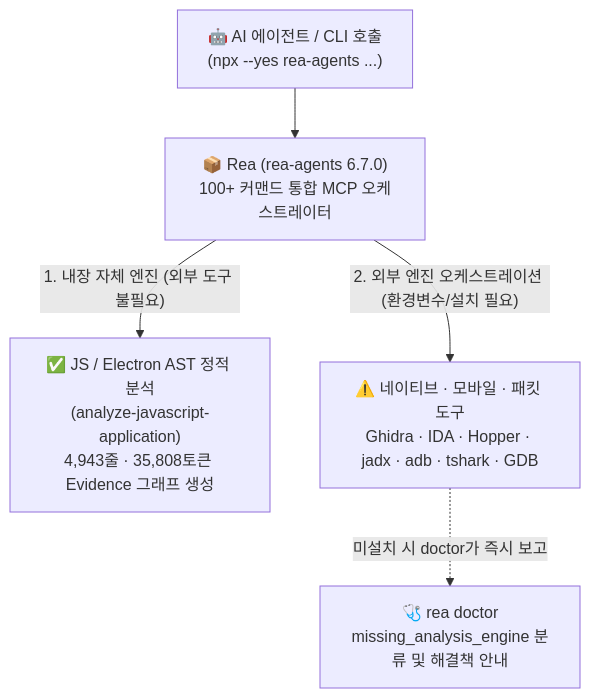
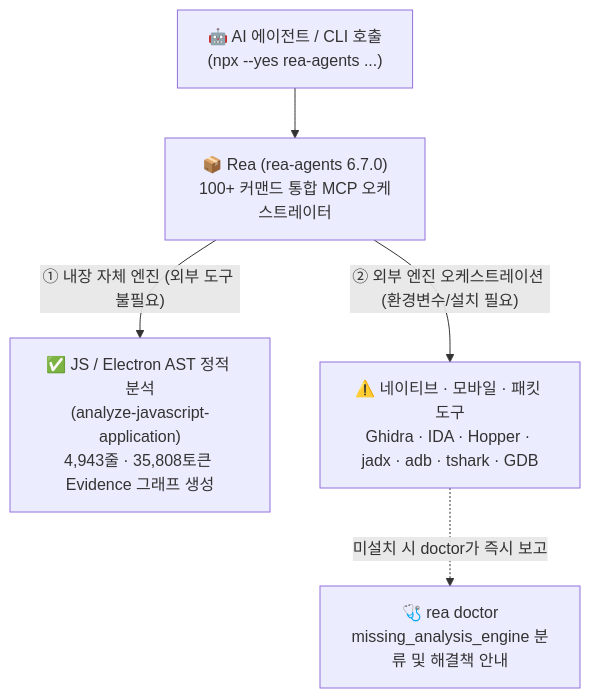
The diagram in content/도구/Rea 써봤다 — MCP로 붙는 AI 역공학 에이전트 도구.md (gooyong-sec/gooyong-sec.github.io), drawn with Mermaid before and after one commit. The commit also changed 6 other files, not shown here.

First line of the commit message:
fix: avoid mermaid markdown-list misparse in numbered edge labels

````diff
--- a/content/도구/Rea 써봤다 — MCP로 붙는 AI 역공학 에이전트 도구.md
+++ b/content/도구/Rea 써봤다 — MCP로 붙는 AI 역공학 에이전트 도구.md
@@ -19,7 +19,7 @@
 ```mermaid
 flowchart TD
     CLI["🤖 AI 에이전트 / CLI 호출<br/>(npx --yes rea-agents ...)"] --> Rea["📦 Rea (rea-agents 6.7.0)<br/>100+ 커맨드 통합 MCP 오케스트레이터"]
-    Rea -->|"1. 내장 자체 엔진 (외부 도구 불필요)"| Builtin["✅ JS / Electron AST 정적 분석<br/>(analyze-javascript-application)<br/>4,943줄 · 35,808토큰 Evidence 그래프 생성"]
-    Rea -->|"2. 외부 엔진 오케스트레이션 (환경변수/설치 필요)"| Ext["⚠️ 네이티브 · 모바일 · 패킷 도구<br/>Ghidra · IDA · Hopper · jadx · adb · tshark · GDB"]
+    Rea -->|"① 내장 자체 엔진 (외부 도구 불필요)"| Builtin["✅ JS / Electron AST 정적 분석<br/>(analyze-javascript-application)<br/>4,943줄 · 35,808토큰 Evidence 그래프 생성"]
+    Rea -->|"② 외부 엔진 오케스트레이션 (환경변수/설치 필요)"| Ext["⚠️ 네이티브 · 모바일 · 패킷 도구<br/>Ghidra · IDA · Hopper · jadx · adb · tshark · GDB"]
     Ext -.->|"미설치 시 doctor가 즉시 보고"| Doctor["🩺 rea doctor<br/>missing_analysis_engine 분류 및 해결책 안내"]
 ```
````
